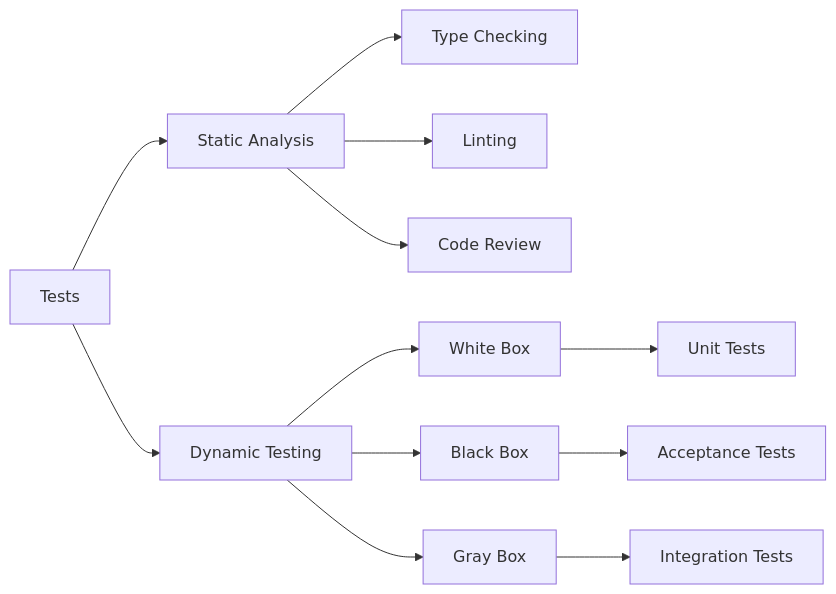
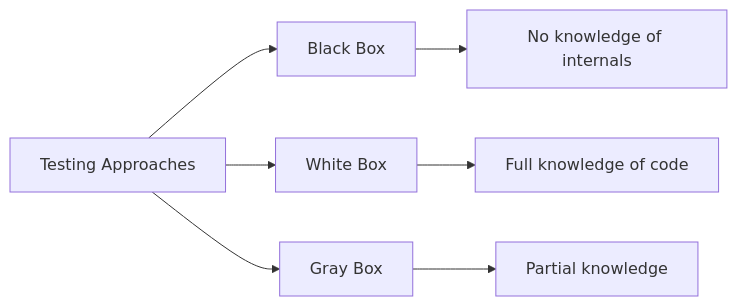
The third of 6 diagrams in appendix/tests/types_of_tests.md (mAbduqayum/oop-workbook), drawn with Mermaid before and after one commit. The commit also changed other lines of this file and 1 other file, not shown here.

````diff
--- a/appendix/tests/types_of_tests.md
+++ b/appendix/tests/types_of_tests.md
@@ -60,17 +65,10 @@
 ```mermaid
 graph LR
-    A[Tests] --> B[Static Analysis]
-    A --> C[Dynamic Testing]
+    A[Testing Approaches] --> B[Black Box]
+    A --> C[White Box]
+    A --> D[Gray Box]
 
-    B --> D[Type Checking]
-    B --> E[Linting]
-    B --> F[Code Review]
-
-    C --> G[White Box]
-    C --> H[Black Box]
-    C --> I[Gray Box]
-
-    G --> J[Unit Tests]
-    H --> K[Acceptance Tests]
-    I --> L[Integration Tests]
+    B --> E[No knowledge of internals]
+    C --> F[Full knowledge of code]
+    D --> G[Partial knowledge]
 ```
````
